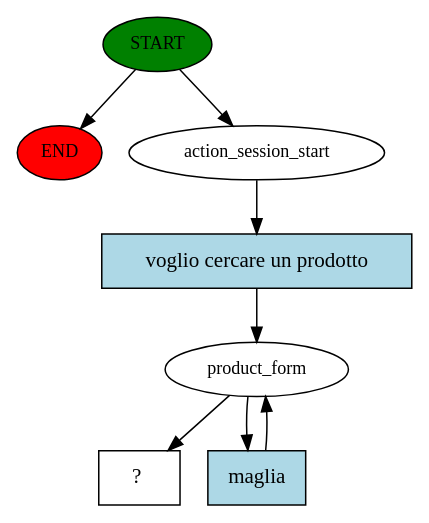
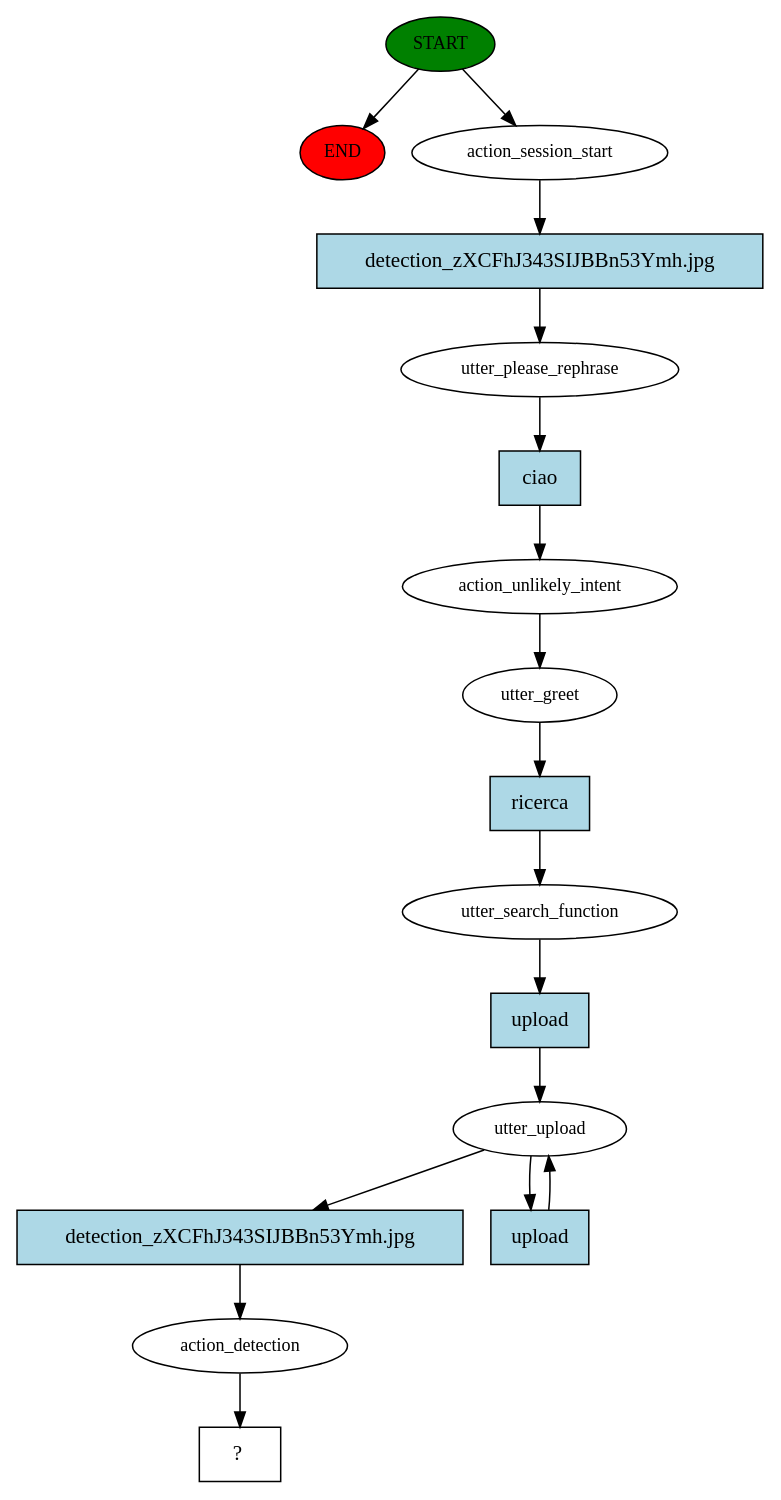
Before and after one commit to domenico97/RasaChatbot: the diagram in story_graph.dot, drawn with Graphviz. The commit also changed 14 other files, not shown here.

```diff
--- a/story_graph.dot
+++ b/story_graph.dot
@@ -1,16 +1,34 @@
 digraph  {
 0 [class="start active", fillcolor=green, fontsize=12, label=START, style=filled];
 "-1" [class=end, fillcolor=red, fontsize=12, label=END, style=filled];
 1 [class=active, fontsize=12, label=action_session_start];
-2 [class=active, fontsize=12, label=product_form];
-4 [class="intent dashed active", label="  ?  ", shape=rect];
-5 [class="intent active", fillcolor=lightblue, label="voglio cercare un prodotto", shape=rect, style=filled];
-6 [class="intent active", fillcolor=lightblue, label=maglia, shape=rect, style=filled];
+2 [class=active, fontsize=12, label=utter_please_rephrase];
+3 [class=active, fontsize=12, label=action_unlikely_intent];
+4 [class=active, fontsize=12, label=utter_greet];
+5 [class=active, fontsize=12, label=utter_search_function];
+6 [class=active, fontsize=12, label=utter_upload];
+8 [class=active, fontsize=12, label=action_detection];
+9 [class="intent dashed active", label="  ?  ", shape=rect];
+10 [class="intent active", fillcolor=lightblue, label="detection_zXCFhJ343SIJBBn53Ymh.jpg", shape=rect, style=filled];
+11 [class="intent active", fillcolor=lightblue, label=ciao, shape=rect, style=filled];
+12 [class="intent active", fillcolor=lightblue, label=ricerca, shape=rect, style=filled];
+13 [class="intent active", fillcolor=lightblue, label=upload, shape=rect, style=filled];
+14 [class="intent active", fillcolor=lightblue, label="detection_zXCFhJ343SIJBBn53Ymh.jpg", shape=rect, style=filled];
+15 [class="intent active", fillcolor=lightblue, label=upload, shape=rect, style=filled];
 0 -> "-1"  [class="", key=NONE, label=""];
 0 -> 1  [class=active, key=NONE, label=""];
-1 -> 5  [class=active, key=0];
-2 -> 4  [class=active, key=NONE, label=""];
-2 -> 6  [class=active, key=0];
-5 -> 2  [class=active, key=0];
-6 -> 2  [class=active, key=0];
+1 -> 10  [class=active, key=0];
+2 -> 11  [class=active, key=0];
+3 -> 4  [class=active, key=NONE, label=""];
+4 -> 12  [class=active, key=0];
+5 -> 13  [class=active, key=0];
+6 -> 14  [class=active, key=0];
+6 -> 15  [class=active, key=0];
+8 -> 9  [class=active, key=NONE, label=""];
+10 -> 2  [class=active, key=0];
+11 -> 3  [class=active, key=0];
+12 -> 5  [class=active, key=0];
+13 -> 6  [class=active, key=0];
+14 -> 8  [class=active, key=0];
+15 -> 6  [class=active, key=0];
 }
```
